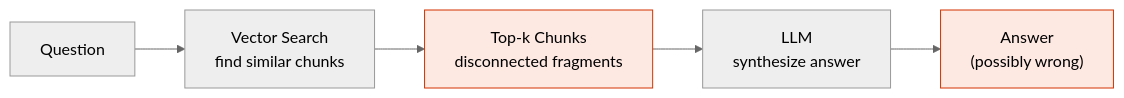
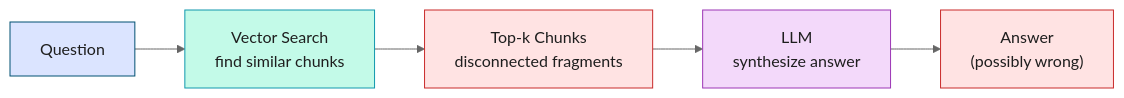
One commit to joy-neo4j/graph-intelligence-agent changed the first of 13 diagrams in outputs/Graph_Intelligence_Technical_DeepDive.md. Above: the diagram before and after it, drawn with Mermaid (neutral theme). The commit also changed other lines of this file and 1 other file, not shown here.

First line of the commit message:
style(diagrams): restyle all Mermaid diagrams for contrast and colour

````diff
--- a/outputs/Graph_Intelligence_Technical_DeepDive.md
+++ b/outputs/Graph_Intelligence_Technical_DeepDive.md
@@ -74,9 +74,12 @@
 ```mermaid
 graph LR
     Q["Question"] --> VS["Vector Search<br/>find similar chunks"]
     VS --> K["Top-k Chunks<br/>disconnected fragments"]
     K --> LLM["LLM<br/>synthesize answer"]
     LLM --> A["Answer<br/>(possibly wrong)"]
-    style K fill:#FDE8E2,stroke:#D43300
-    style A fill:#FDE8E2,stroke:#D43300
+    style Q fill:#dbe4ff,stroke:#005073,color:#1e1e1e
+    style VS fill:#c3fae8,stroke:#1098ad,color:#1e1e1e
+    style LLM fill:#f3d9fa,stroke:#9c36b5,color:#1e1e1e
+    style K fill:#ffe3e3,stroke:#c92a2a,color:#1e1e1e
+    style A fill:#ffe3e3,stroke:#c92a2a,color:#1e1e1e
 ```
````
